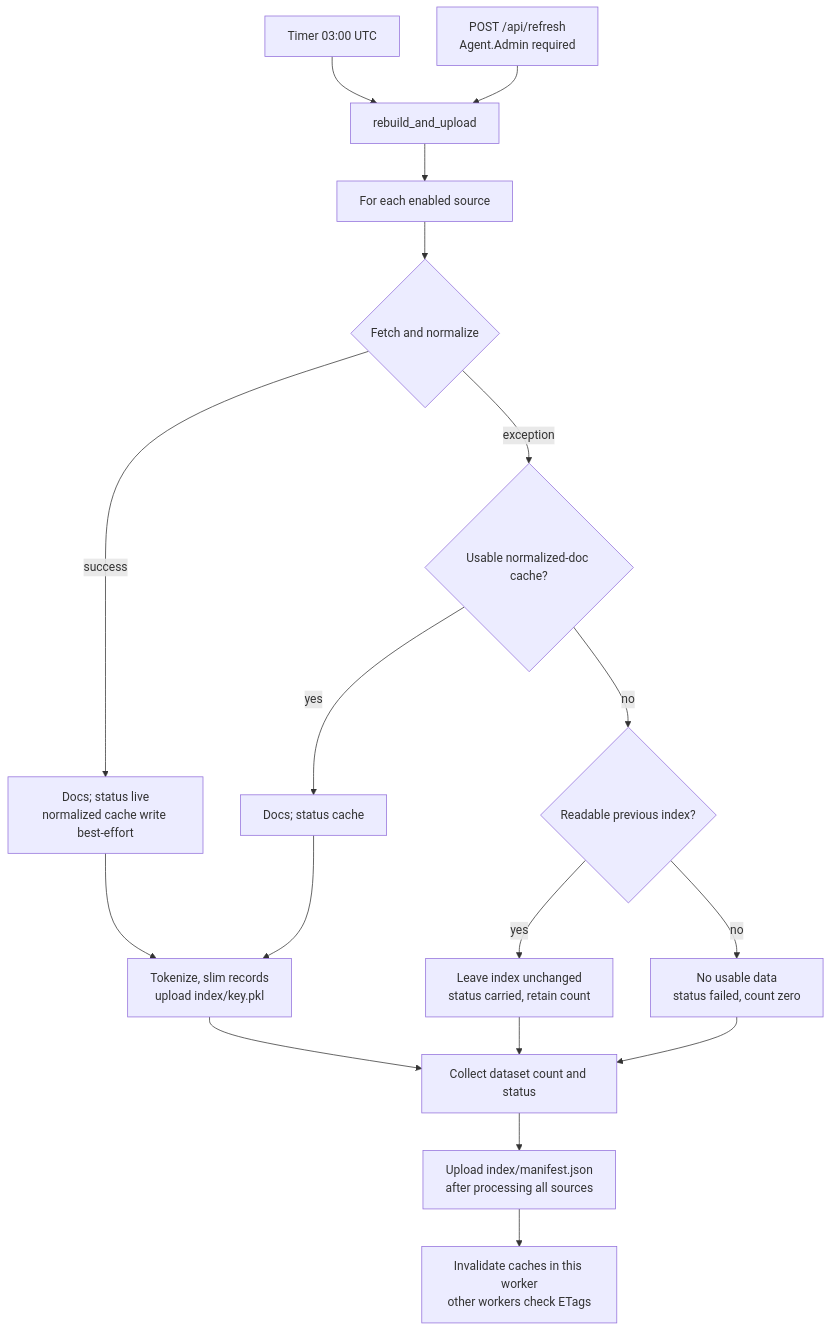
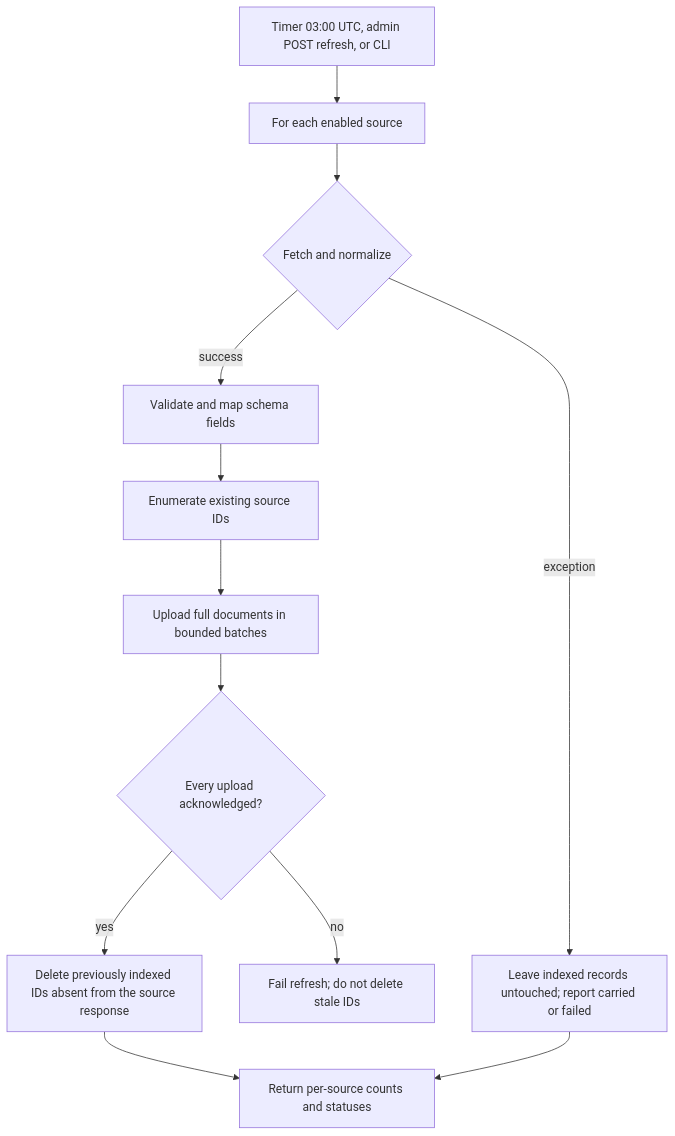
One commit to SteveCInVA/AllofUs-Agent changed the third of 3 diagrams in docs/architecture.md. Above: the diagram before and after it, drawn with Mermaid. The commit also changed other lines of this file and 22 other files, not shown here.

````diff
--- a/docs/architecture.md
+++ b/docs/architecture.md
@@ -124,20 +92,14 @@
 ```mermaid
 flowchart TB
-    T["Timer 03:00 UTC"] --> RB["rebuild_and_upload"]
-    H["POST /api/refresh<br/>Agent.Admin required"] --> RB
-    RB --> LOOP["For each enabled source"]
+    T["Timer 03:00 UTC, admin POST refresh, or CLI"] --> LOOP["For each enabled source"]
     LOOP --> LIVE{"Fetch and normalize"}
-    LIVE -- "success" --> DOCS["Docs; status live<br/>normalized cache write best-effort"]
-    LIVE -- "exception" --> CACHE{"Usable normalized-doc cache?"}
-    CACHE -- "yes" --> CACHED["Docs; status cache"]
-    CACHE -- "no" --> PREV{"Readable previous index?"}
-    PREV -- "yes" --> CARRY["Leave index unchanged<br/>status carried, retain count"]
-    PREV -- "no" --> FAIL["No usable data<br/>status failed, count zero"]
-    DOCS --> BUILD["Tokenize, slim records<br/>upload index/key.pkl"]
-    CACHED --> BUILD
-    BUILD --> REPORT["Collect dataset count and status"]
+    LIVE -- "exception" --> CARRY["Leave indexed records untouched; report carried or failed"]
+    LIVE -- "success" --> MAP["Validate and map schema fields"]
+    MAP --> OLD["Enumerate existing source IDs"]
+    OLD --> UP["Upload full documents in bounded batches"]
+    UP --> ACK{"Every upload acknowledged?"}
+    ACK -- "no" --> FAIL["Fail refresh; do not delete stale IDs"]
+    ACK -- "yes" --> DEL["Delete previously indexed IDs absent from the source response"]
+    DEL --> REPORT["Return per-source counts and statuses"]
     CARRY --> REPORT
-    FAIL --> REPORT
-    REPORT --> MAN["Upload index/manifest.json<br/>after processing all sources"]
-    MAN --> INV["Invalidate caches in this worker<br/>other workers check ETags"]
 ```
````
